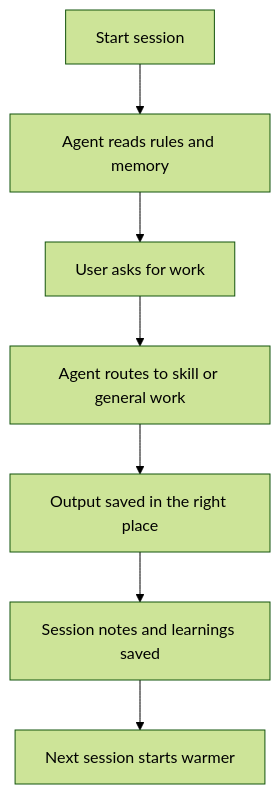
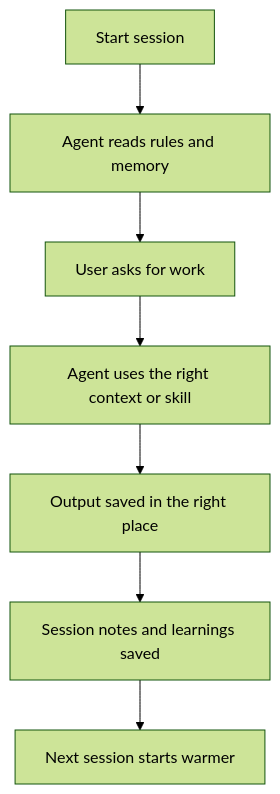
One commit to camrontaylor/AI-OS-Template changed the third of 3 diagrams in docs/what-ai-os-is.md. Above: the diagram before and after it, drawn with Mermaid (forest theme). The commit also changed other lines of this file and 462 other files, not shown here.

````diff
--- a/docs/what-ai-os-is.md
+++ b/docs/what-ai-os-is.md
@@ -240,9 +224,9 @@
 ```mermaid
 flowchart TD
   A["Start session"] --> B["Agent reads rules and memory"]
   B --> C["User asks for work"]
-  C --> D["Agent routes to skill or general work"]
+  C --> D["Agent uses the right context or skill"]
   D --> E["Output saved in the right place"]
   E --> F["Session notes and learnings saved"]
   F --> G["Next session starts warmer"]
 ```
````
